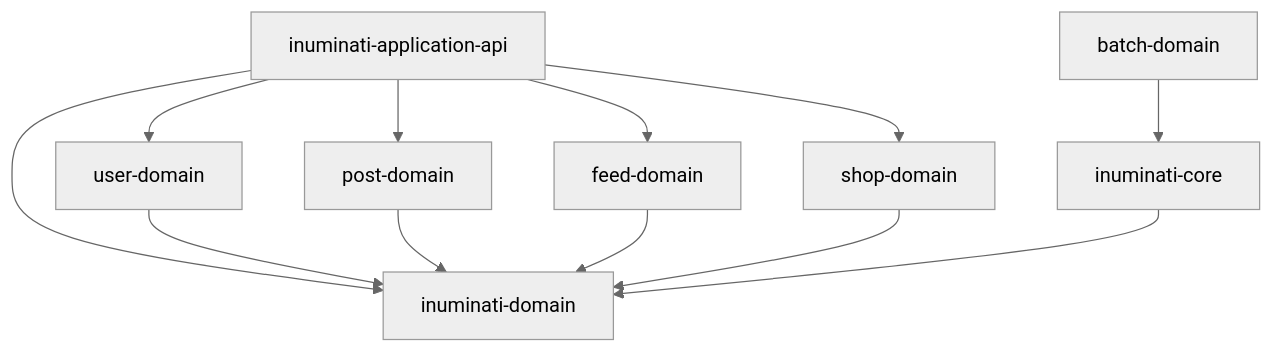
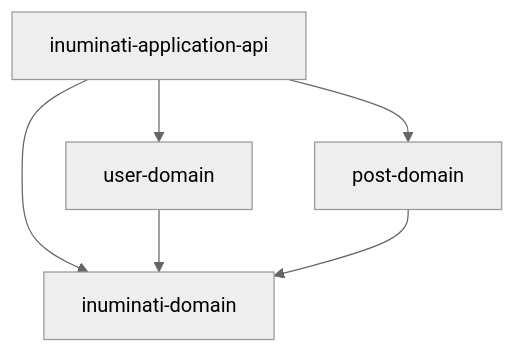
The diagram in inuminati-api/README.md (k21hornet/inuminati), drawn with Mermaid (neutral theme) before and after one commit. The commit also changed other lines of this file, not shown here.

````diff
--- a/inuminati-api/README.md
+++ b/inuminati-api/README.md
@@ -16,14 +16,8 @@
 ```mermaid
 graph TD
     inuminati-application-api --> user-domain
+    inuminati-application-api --> inuminati-domain
     inuminati-application-api --> post-domain
-    inuminati-application-api --> feed-domain
-    inuminati-application-api --> shop-domain
-    inuminati-application-api --> inuminati-domain
     user-domain --> inuminati-domain
     post-domain --> inuminati-domain
-    feed-domain --> inuminati-domain
-    shop-domain --> inuminati-domain
-    batch-domain --> inuminati-core
-    inuminati-core --> inuminati-domain
 ```
````
